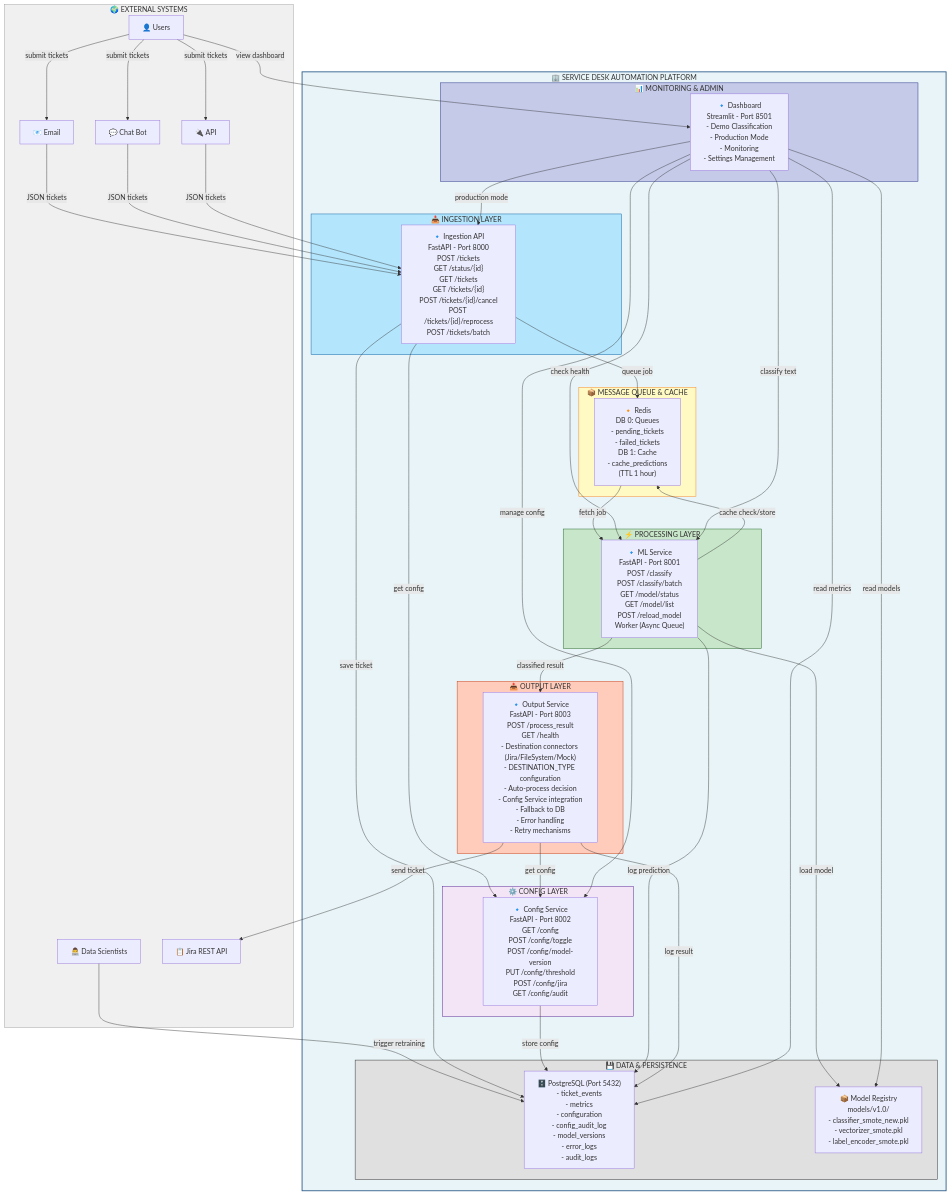
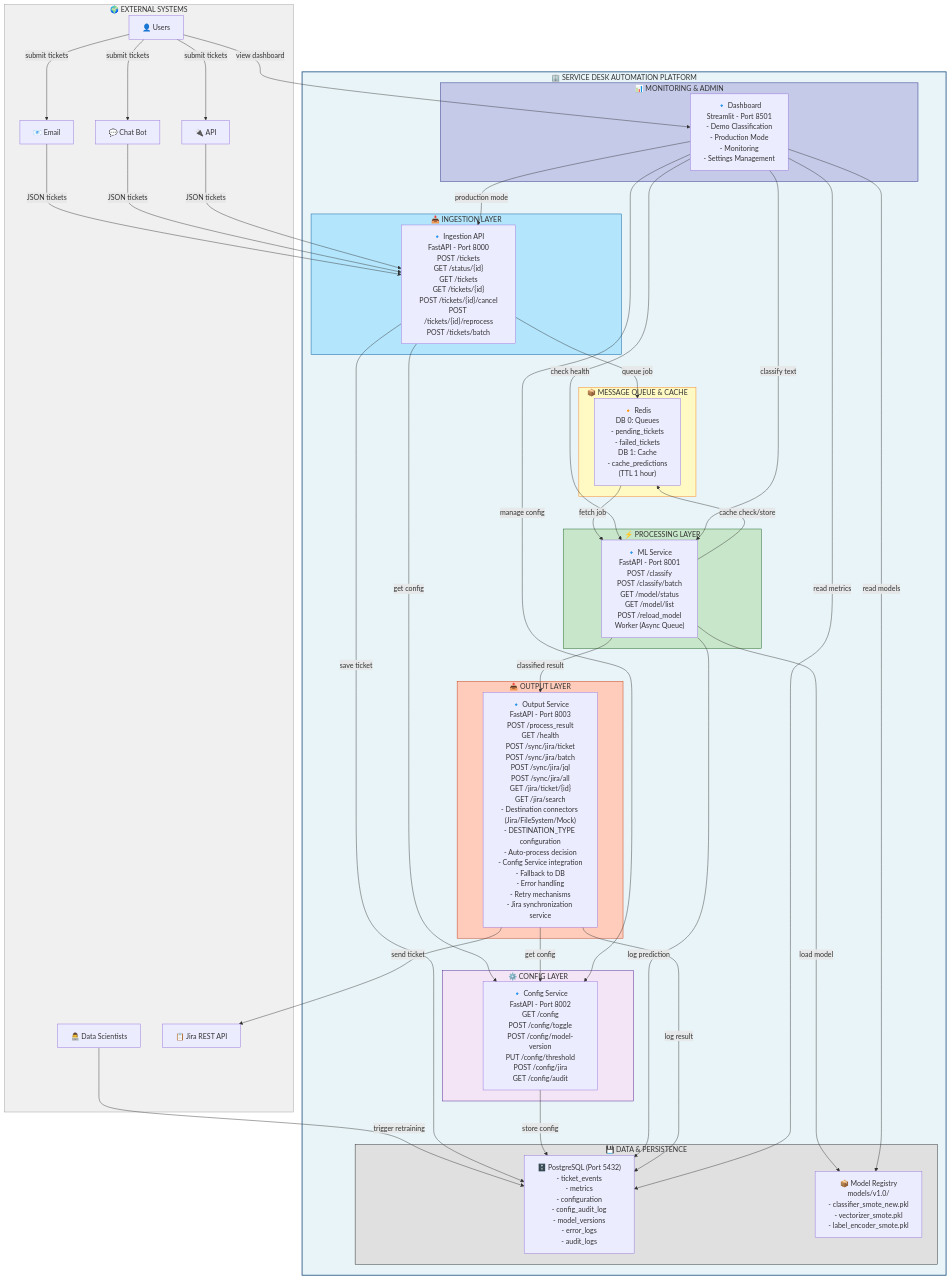
One commit to JungleAll/service-desk-classifier changed the first of 6 diagrams in ARCHITECTURE.md. Above: the diagram before and after it, drawn with Mermaid. The commit also changed other lines of this file and 2 other files, not shown here.

Commit message:
Update API_REFERENCE.md and ARCHITECTURE.md: sync with actual implementation, fix ticket lifecycle diagram

```diff
--- a/ARCHITECTURE.md
+++ b/ARCHITECTURE.md
@@ -38,7 +38,7 @@
         end
         
         subgraph Output["📤 OUTPUT LAYER"]
-            OutputService["🔹 Output Service<br/>FastAPI - Port 8003<br/>POST /process_result<br/>GET /health<br/>- Destination connectors (Jira/FileSystem/Mock)<br/>- DESTINATION_TYPE configuration<br/>- Auto-process decision<br/>- Config Service integration<br/>- Fallback to DB<br/>- Error handling<br/>- Retry mechanisms"]
+            OutputService["🔹 Output Service<br/>FastAPI - Port 8003<br/>POST /process_result<br/>GET /health<br/>POST /sync/jira/ticket<br/>POST /sync/jira/batch<br/>POST /sync/jira/jql<br/>POST /sync/jira/all<br/>GET /jira/ticket/{id}<br/>GET /jira/search<br/>- Destination connectors (Jira/FileSystem/Mock)<br/>- DESTINATION_TYPE configuration<br/>- Auto-process decision<br/>- Config Service integration<br/>- Fallback to DB<br/>- Error handling<br/>- Retry mechanisms<br/>- Jira synchronization service"]
         end
         
         subgraph Data["💾 DATA & PERSISTENCE"]
```
